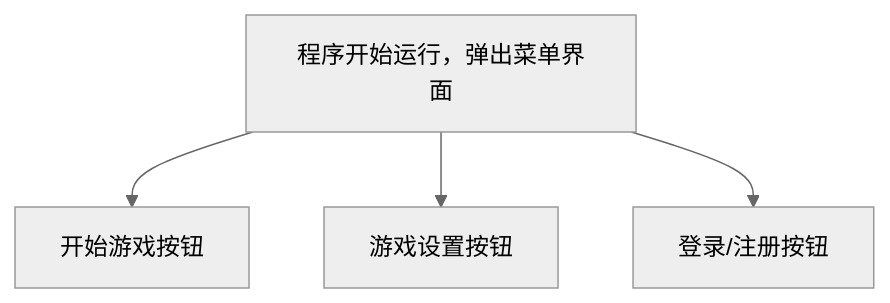
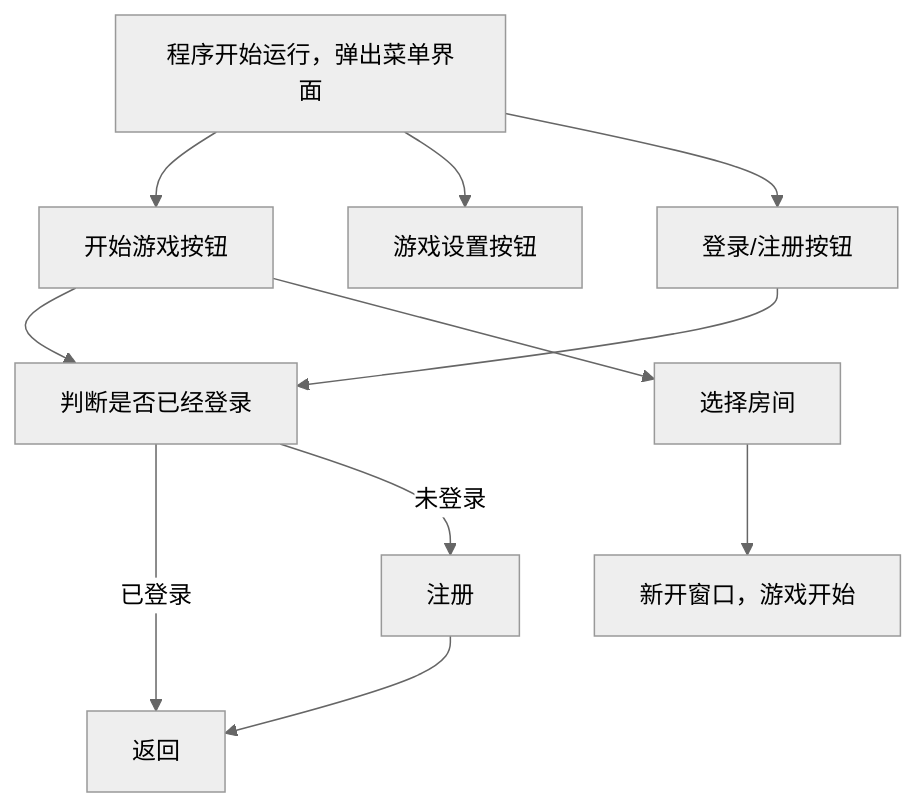
Before and after one commit to Simpidbit/tbtennis: the second of 2 diagrams in README.md, drawn with Mermaid (neutral theme). The commit also changed other lines of this file, not shown here.

Commit message:
更新程序逻辑

````diff
--- a/README.md
+++ b/README.md
@@ -82,10 +72,25 @@
 ```mermaid
-graph TD;
-step1["程序开始运行，弹出菜单界面"]-->step2_game["开始游戏按钮"];
-step1-->step2_settings["游戏设置按钮"];
-step1-->step2_log["登录/注册按钮"];
+flowchart TD;
+
+step1["程序开始运行，弹出菜单界面"];
+
+    step2_game["开始游戏按钮"];
+    step2_settings["游戏设置按钮"];
+    step2_log["登录/注册按钮"];
+
+        step3_islogin["判断是否已经登录"];
+        	step4_register["注册"];
+    	step3_game["选择房间"];
+    		step4_game["新开窗口，游戏开始"];
 
 
+step1-->step2_game-->step3_islogin;
+step1-->step2_settings;
+step1-->step2_log-->step3_islogin;
 
 
+step3_islogin--"已登录"-->返回;
+step3_islogin--"未登录"-->step4_register-->返回;
+
+step2_game-->step3_game-->step4_game;
 ```
````
